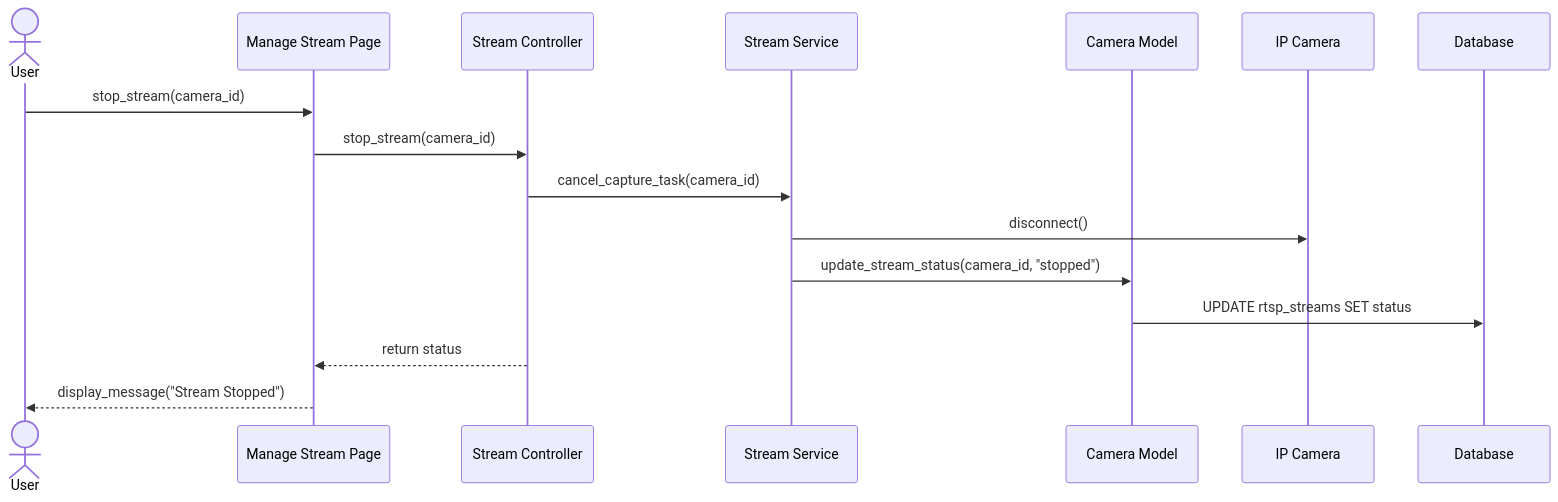
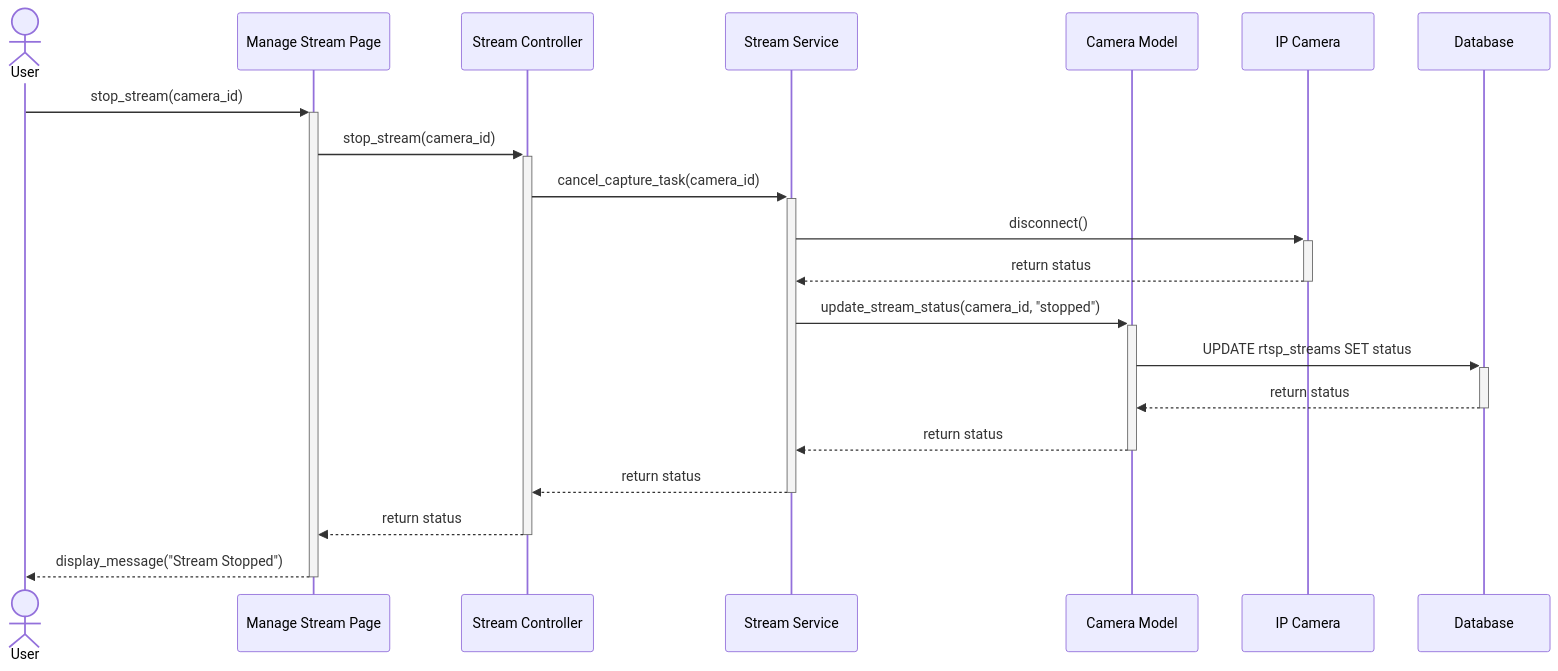
Before and after one commit to Tanaphat-Ken/ALPR-V2: diagram 14 of 20 in SYSTEM_DIAGRAMS.md, drawn with Mermaid. The commit also changed other lines of this file, not shown here.

First line of the commit message:
fix: resolve Mermaid activation bar errors across sequence diagrams

````diff
--- a/SYSTEM_DIAGRAMS.md
+++ b/SYSTEM_DIAGRAMS.md
@@ -572,19 +600,23 @@
 ```mermaid
 sequenceDiagram
     actor User
     participant StreamPage as Manage Stream Page
     participant StreamController as Stream Controller
     participant StreamService as Stream Service
     participant CameraModel as Camera Model
     participant CAM as IP Camera
     participant DB as Database
 
-    User->>StreamPage: stop_stream(camera_id)
-    StreamPage->>StreamController: stop_stream(camera_id)
-    StreamController->>StreamService: cancel_capture_task(camera_id)
-    StreamService->>CAM: disconnect()
-    StreamService->>CameraModel: update_stream_status(camera_id, "stopped")
-    CameraModel->>DB: UPDATE rtsp_streams SET status
-    StreamController-->>StreamPage: return status
-    StreamPage-->>User: display_message("Stream Stopped")
+    User->>+StreamPage: stop_stream(camera_id)
+    StreamPage->>+StreamController: stop_stream(camera_id)
+    StreamController->>+StreamService: cancel_capture_task(camera_id)
+    StreamService->>+CAM: disconnect()
+    CAM-->>-StreamService: return status
+    StreamService->>+CameraModel: update_stream_status(camera_id, "stopped")
+    CameraModel->>+DB: UPDATE rtsp_streams SET status
+    DB-->>-CameraModel: return status
+    CameraModel-->>-StreamService: return status
+    StreamService-->>-StreamController: return status
+    StreamController-->>-StreamPage: return status
+    StreamPage-->>-User: display_message("Stream Stopped")
 ```
````
